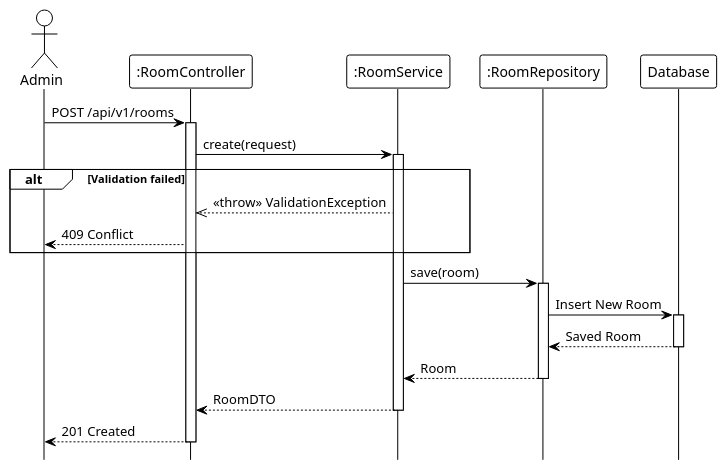
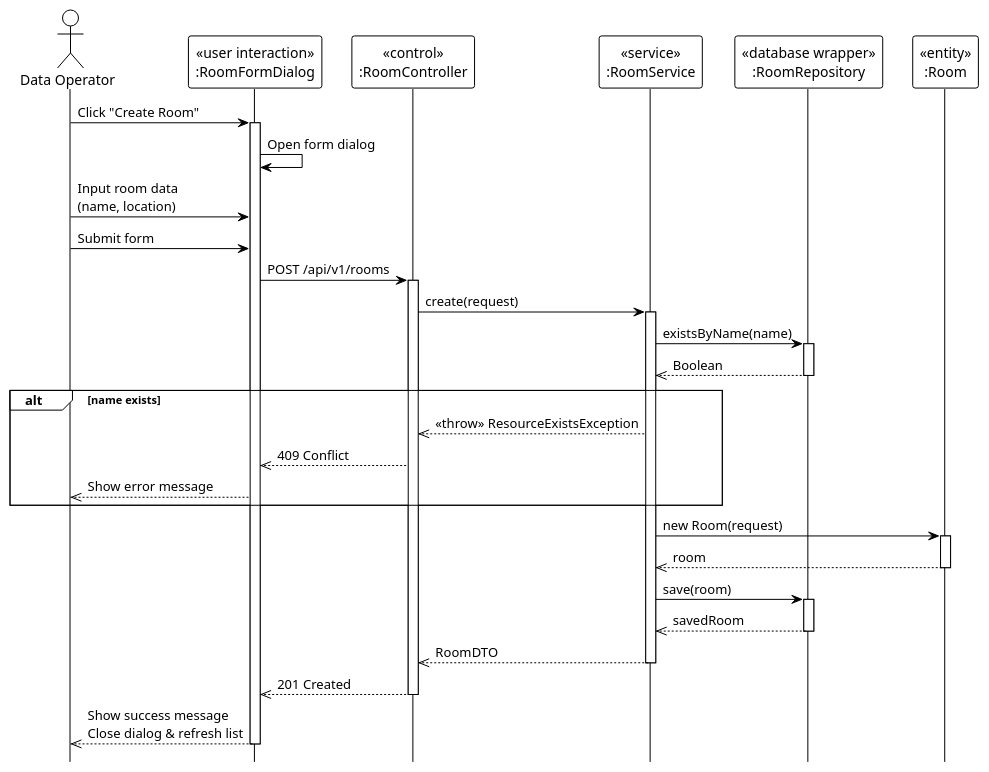
The diagram in system_detailed_design/57_create_room/sequence_diagram_create_room.puml (Ndh474/context), drawn with PlantUML before and after one commit. The commit also changed 5 other files, not shown here.

Commit message:
docs(system_detailed_design): add UML stereotypes to room sequence diagrams

```diff
--- a/system_detailed_design/57_create_room/sequence_diagram_create_room.puml
+++ b/system_detailed_design/57_create_room/sequence_diagram_create_room.puml
@@ -1,42 +1,61 @@
 @startuml create_room
 !theme plain
 hide footbox
 
-actor Admin
-participant ":RoomController" as Controller
-participant ":RoomService" as Service
-participant ":RoomRepository" as Repository
-participant "Database" as DB
+actor "Data Operator" as DataOperator
 
-' --- MAIN FLOW ---
-Admin -> Controller: POST /api/v1/rooms
+participant "«user interaction»\n:RoomFormDialog" as UI
+participant "«control»\n:RoomController" as Controller
+participant "«service»\n:RoomService" as Service
+participant "«database wrapper»\n:RoomRepository" as Repository
+participant "«entity»\n:Room" as Entity
+
+' === MAIN FLOW ===
+DataOperator -> UI: Click "Create Room"
+activate UI
+
+UI -> UI: Open form dialog
+
+DataOperator -> UI: Input room data\n(name, location)
+
+DataOperator -> UI: Submit form
+UI -> Controller: POST /api/v1/rooms
 activate Controller
 
 Controller -> Service: create(request)
 activate Service
 
-' Validation logic (internal: name uniqueness)
+' === VALIDATION ===
+Service -> Repository: existsByName(name)
+activate Repository
+Repository -->> Service: Boolean
+deactivate Repository
 
-alt Validation failed
-    Service -->> Controller: <<throw>> ValidationException
-    Controller --> Admin: 409 Conflict
+alt name exists
+    Service -->> Controller: <<throw>> ResourceExistsException
+    Controller -->> UI: 409 Conflict
+    UI -->> DataOperator: Show error message
 end
 
+' === CREATE ENTITY ===
+Service -> Entity: new Room(request)
+activate Entity
+Entity -->> Service: room
+deactivate Entity
+
+' === SAVE ===
 Service -> Repository: save(room)
 activate Repository
-
-Repository -> DB: Insert New Room
-activate DB
-DB --> Repository: Saved Room
-deactivate DB
-
-Repository --> Service: Room
+Repository -->> Service: savedRoom
 deactivate Repository
 
-Service --> Controller: RoomDTO
+Service -->> Controller: RoomDTO
 deactivate Service
 
-Controller --> Admin: 201 Created
+Controller -->> UI: 201 Created
 deactivate Controller
 
+UI -->> DataOperator: Show success message\nClose dialog & refresh list
+deactivate UI
+
 @enduml
```
